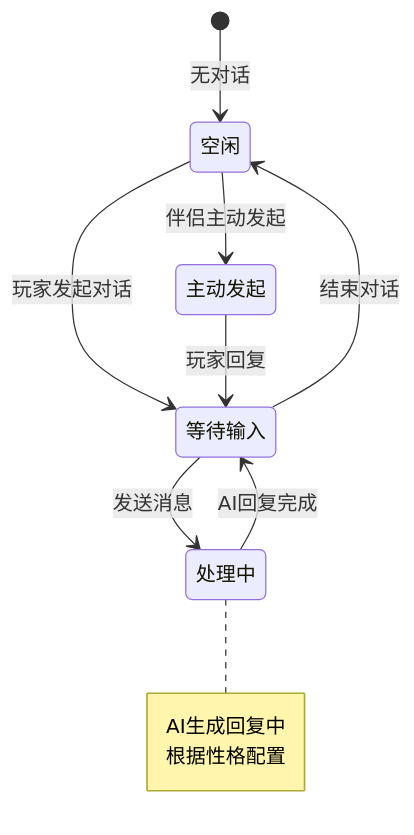
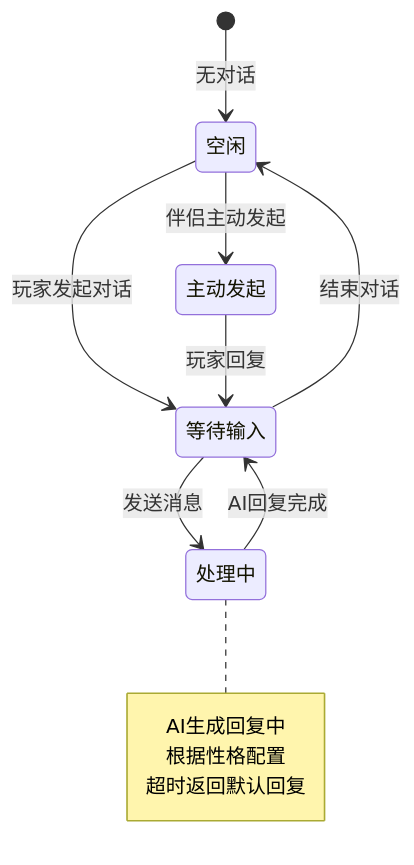
Before and after one commit to Alan-Ben/k2c_game_framework: the fifth of 7 diagrams in docs/Module_Consort/06_实现细节.md, drawn with Mermaid. The commit also changed other lines of this file and 5 other files, not shown here.

````diff
--- a/docs/Module_Consort/06_实现细节.md
+++ b/docs/Module_Consort/06_实现细节.md
@@ -139,15 +186,16 @@
 ```mermaid
 stateDiagram-v2
     [*] --> 空闲: 无对话
     空闲 --> 等待输入: 玩家发起对话
     等待输入 --> 处理中: 发送消息
     处理中 --> 等待输入: AI回复完成
     等待输入 --> 空闲: 结束对话
     空闲 --> 主动发起: 伴侣主动发起
     主动发起 --> 等待输入: 玩家回复
 
     note right of 处理中
         AI生成回复中
         根据性格配置
+        超时返回默认回复
     end note
 ```
````
